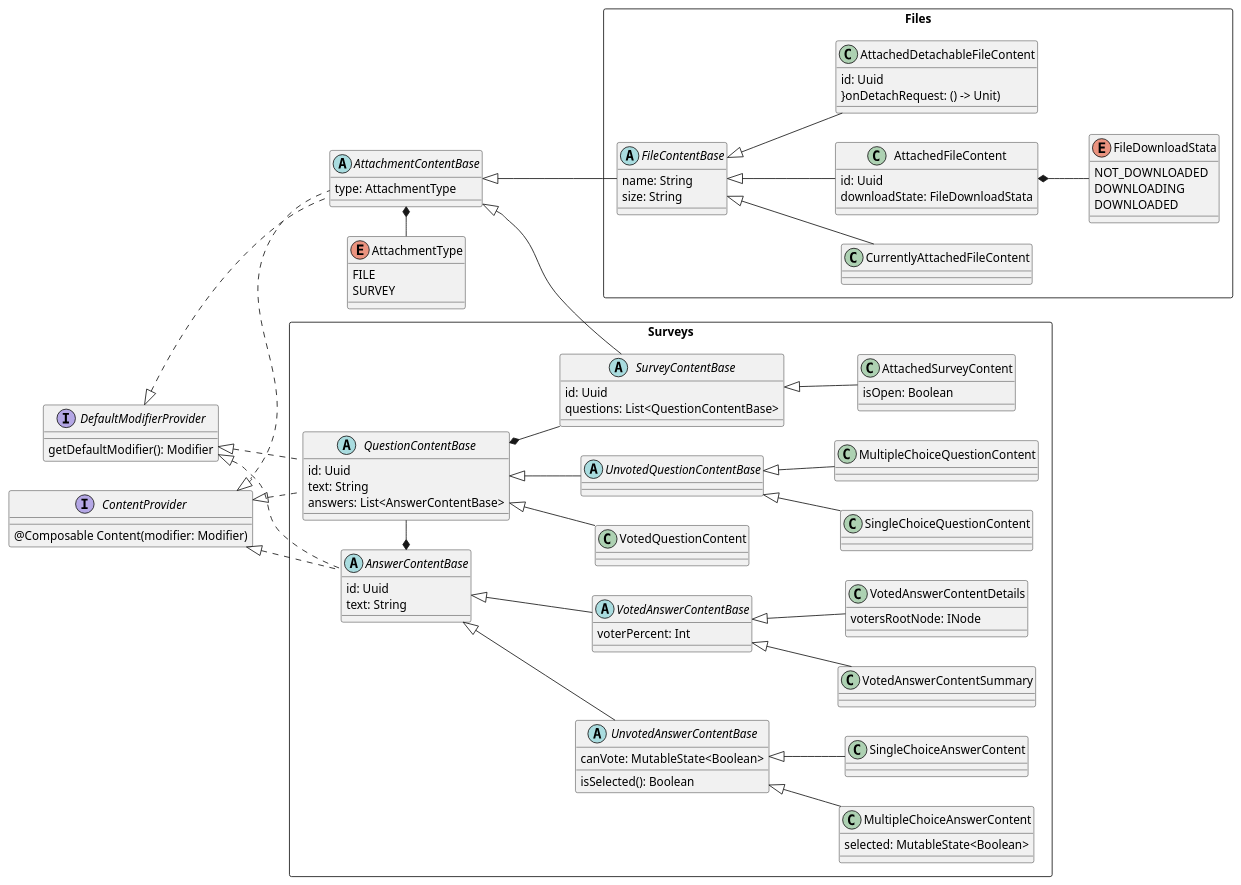
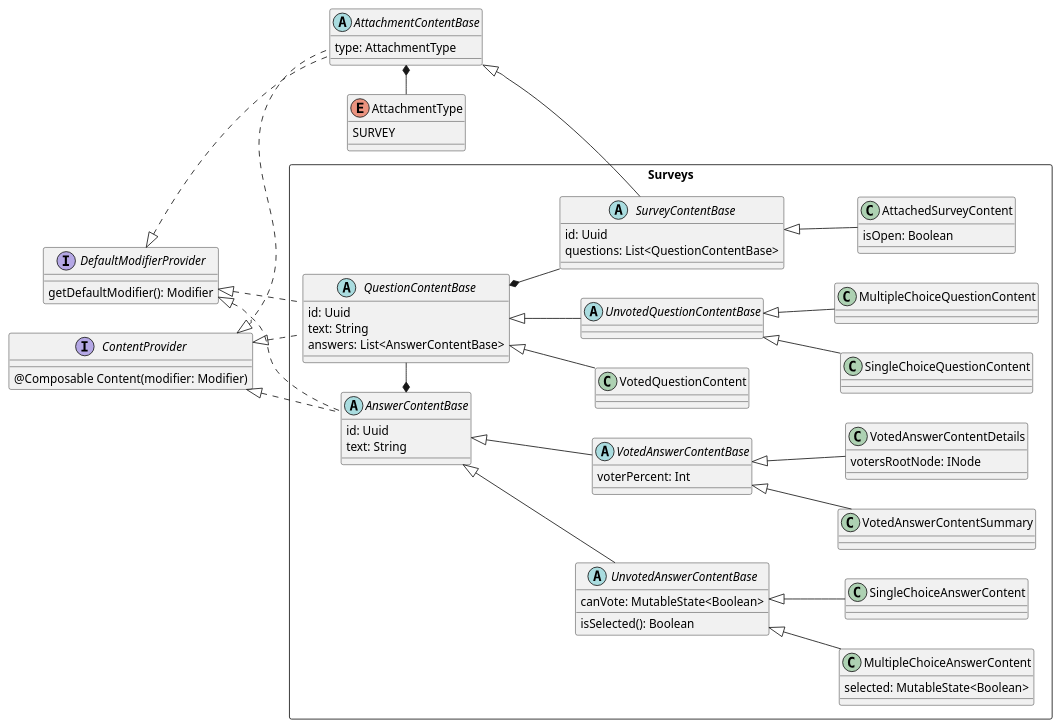
Before and after one commit to astu-app/ASTU-APP: the diagram in features/bulletinBoardFeature/src/commonMain/kotlin/org/astu/feature/bulletinBoard/views/components/attachments/attachments.puml, drawn with PlantUML. The commit also changed 42 other files, not shown here.

```diff
--- a/features/bulletinBoardFeature/src/commonMain/kotlin/org/astu/feature/bulletinBoard/views/components/attachments/attachments.puml
+++ b/features/bulletinBoardFeature/src/commonMain/kotlin/org/astu/feature/bulletinBoard/views/components/attachments/attachments.puml
@@ -1,116 +1,87 @@
 @startuml
 'https://plantuml.com/class-diagram
 
 left to right direction
 
 interface DefaultModifierProvider {
     getDefaultModifier(): Modifier
 }
 interface ContentProvider {
     @Composable Content(modifier: Modifier)
 }
 
 enum AttachmentType {
-    FILE
     SURVEY
 }
 
 abstract class AttachmentContentBase {
     type: AttachmentType
 }
 ContentProvider <|.. AttachmentContentBase
 DefaultModifierProvider <|.. AttachmentContentBase
 AttachmentContentBase *-right- AttachmentType
 
-
-'''''''''''''''''''''''''''''''' ФАЙЛЫ
-rectangle Files {
-    abstract class FileContentBase {
-        name: String
-        size: String
-    }
-    AttachmentContentBase <|-- FileContentBase
-
-    class CurrentlyAttachedFileContent extends FileContentBase { }
-
-    enum FileDownloadStata {
-        NOT_DOWNLOADED
-        DOWNLOADING
-        DOWNLOADED
-    }
-
-    class AttachedFileContent extends FileContentBase {
-        id: Uuid
-        downloadState: FileDownloadStata
-    }
-    AttachedFileContent *-down- FileDownloadStata
-
-    class AttachedDetachableFileContent extends FileContentBase {
-        id: Uuid
-        {field} }onDetachRequest: () -> Unit)
-    }
-}
 
 '''''''''''''''''''''''''''''''' ОПРОСЫ
 rectangle Surveys {
     ''''''''''''' Варианты ответов
     abstract class AnswerContentBase{
             id: Uuid
         text: String
     }
     ContentProvider <|.. AnswerContentBase
     DefaultModifierProvider <|.. AnswerContentBase
     abstract class UnvotedAnswerContentBase extends AnswerContentBase {
         canVote: MutableState<Boolean>
         isSelected(): Boolean
     }
     class MultipleChoiceAnswerContent extends UnvotedAnswerContentBase {
         selected: MutableState<Boolean>
     }
     class SingleChoiceAnswerContent extends UnvotedAnswerContentBase {
     }
 
     abstract class VotedAnswerContentBase extends AnswerContentBase {
         voterPercent: Int
     }
     class VotedAnswerContentSummary extends VotedAnswerContentBase {
 
     }
     class VotedAnswerContentDetails extends VotedAnswerContentBase {
         votersRootNode: INode
     }
 
     ''''''''''''' Вопросы
     abstract class QuestionContentBase {
         id: Uuid
         text: String
         answers: List<AnswerContentBase>
     }
     ContentProvider <|.. QuestionContentBase
     DefaultModifierProvider <|.. QuestionContentBase
     AnswerContentBase *-right- QuestionContentBase
 
     abstract class UnvotedQuestionContentBase extends QuestionContentBase {
     }
     class MultipleChoiceQuestionContent extends UnvotedQuestionContentBase {
     }
     class SingleChoiceQuestionContent extends UnvotedQuestionContentBase {
     }
     class VotedQuestionContent extends QuestionContentBase {
     }
 
 
     ''''''''''''' Опросы
     abstract class SurveyContentBase {
         id: Uuid
         questions: List<QuestionContentBase>
     }
     AttachmentContentBase <|-- SurveyContentBase
     QuestionContentBase *-- SurveyContentBase
 
     class AttachedSurveyContent extends SurveyContentBase {
         isOpen: Boolean
     }
 }
 
 @enduml
```
